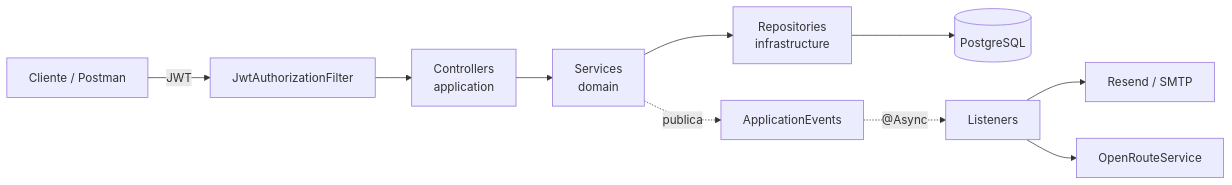
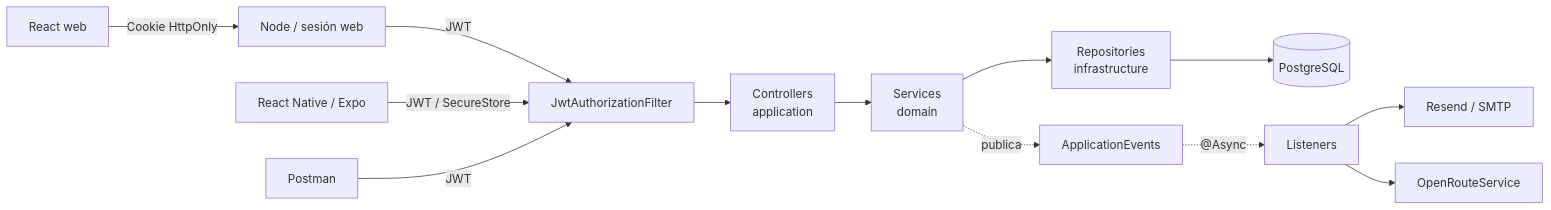
The first of 2 diagrams in README.md (Adrian0raffo/QSale), drawn with Mermaid before and after one commit. The commit also changed other lines of this file and 76 other files, not shown here.

Commit message:
feat: add QSale web and mobile clients (#14)

````diff
--- a/README.md
+++ b/README.md
@@ -76,12 +79,15 @@
 ```mermaid
 flowchart LR
-    Client[Cliente / Postman] -->|JWT| Filter[JwtAuthorizationFilter]
+    Web[React web] -->|Cookie HttpOnly| Session[Node / sesión web]
+    Session -->|JWT| Filter[JwtAuthorizationFilter]
+    Mobile[React Native / Expo] -->|JWT / SecureStore| Filter
+    Client[Postman] -->|JWT| Filter
     Filter --> Controller[Controllers<br/>application]
     Controller --> Service[Services<br/>domain]
     Service --> Repository[Repositories<br/>infrastructure]
     Repository --> DB[(PostgreSQL)]
     Service -. publica .-> Events[ApplicationEvents]
     Events -. "@Async" .-> Listeners[Listeners]
     Listeners --> Mail[Resend / SMTP]
     Listeners --> ORS[OpenRouteService]
 ```
````
